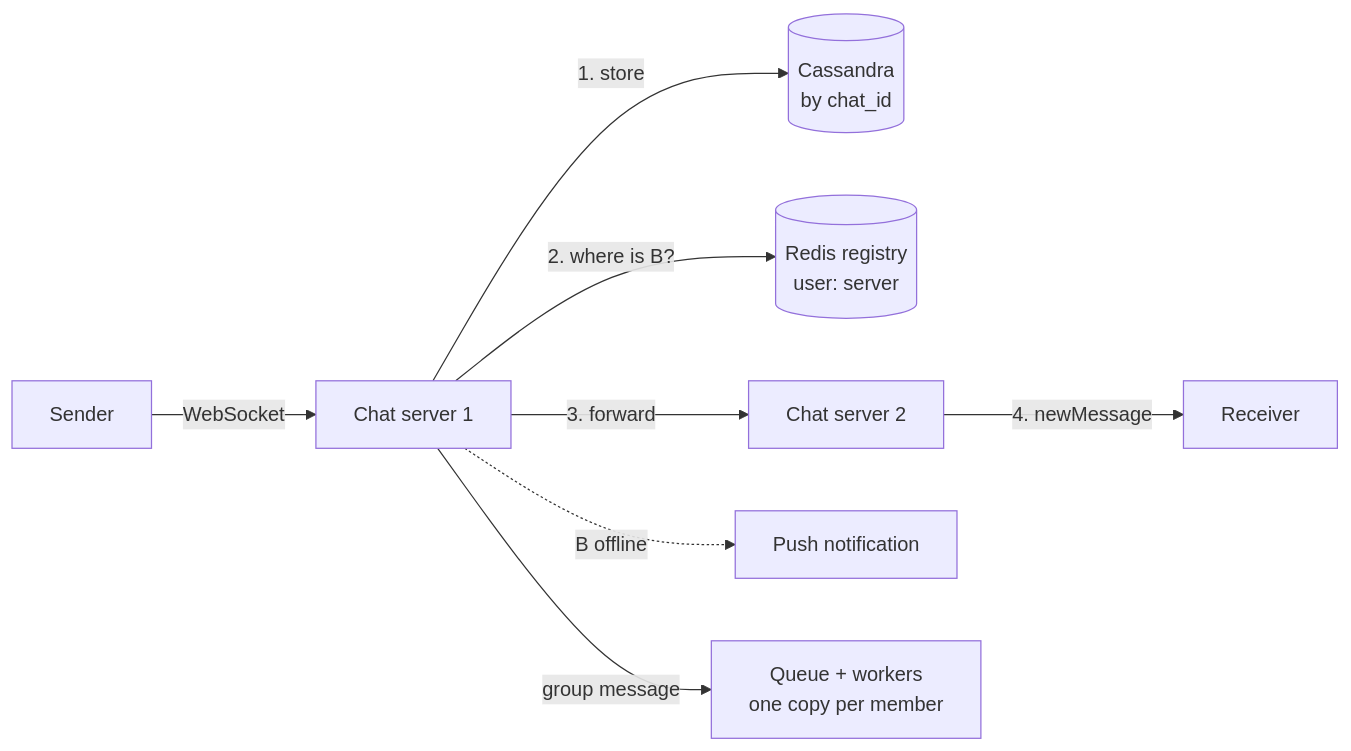
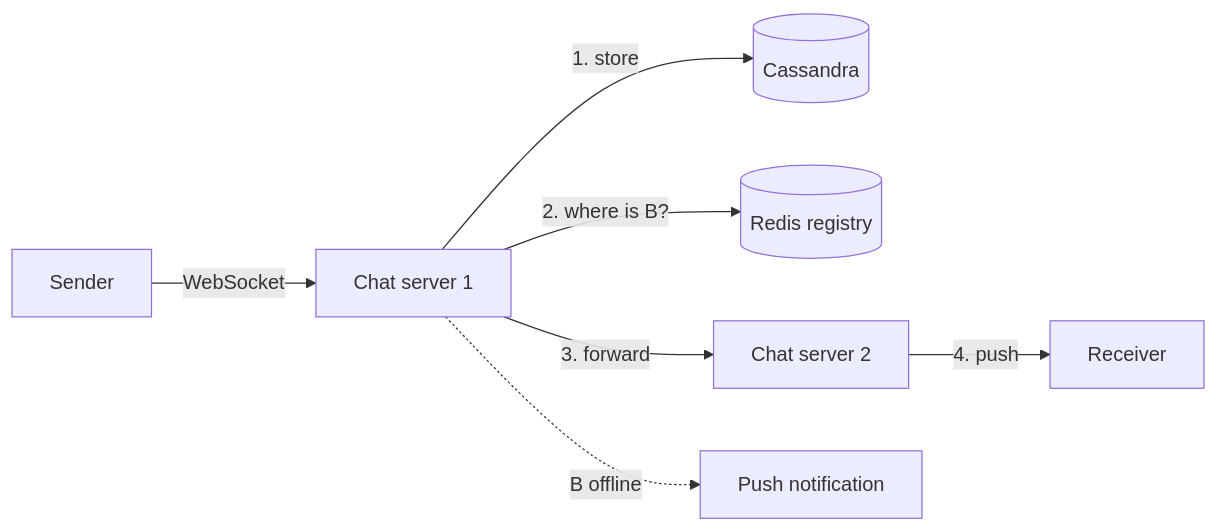
Before and after one commit to aaryan-pradhan/core-cs-fundamentals: the second of 2 diagrams in hld/26-whatsapp.md, drawn with Mermaid. The commit also changed other lines of this file, not shown here.

````diff
--- a/hld/26-whatsapp.md
+++ b/hld/26-whatsapp.md
@@ -85,10 +63,9 @@
 ```mermaid
 flowchart LR
     A["Sender"] -->|"WebSocket"| CS1["Chat server 1"]
-    CS1 -->|"1. store"| DB[("Cassandra<br/>by chat_id")]
-    CS1 -->|"2. where is B?"| REG[("Redis registry<br/>user: server")]
+    CS1 -->|"1. store"| DB[("Cassandra")]
+    CS1 -->|"2. where is B?"| REG[("Redis registry")]
     CS1 -->|"3. forward"| CS2["Chat server 2"]
-    CS2 -->|"4. newMessage"| B["Receiver"]
+    CS2 -->|"4. push"| B["Receiver"]
     CS1 -.->|"B offline"| PN["Push notification"]
-    CS1 -->|"group message"| Q["Queue + workers<br/>one copy per member"]
 ```
````
